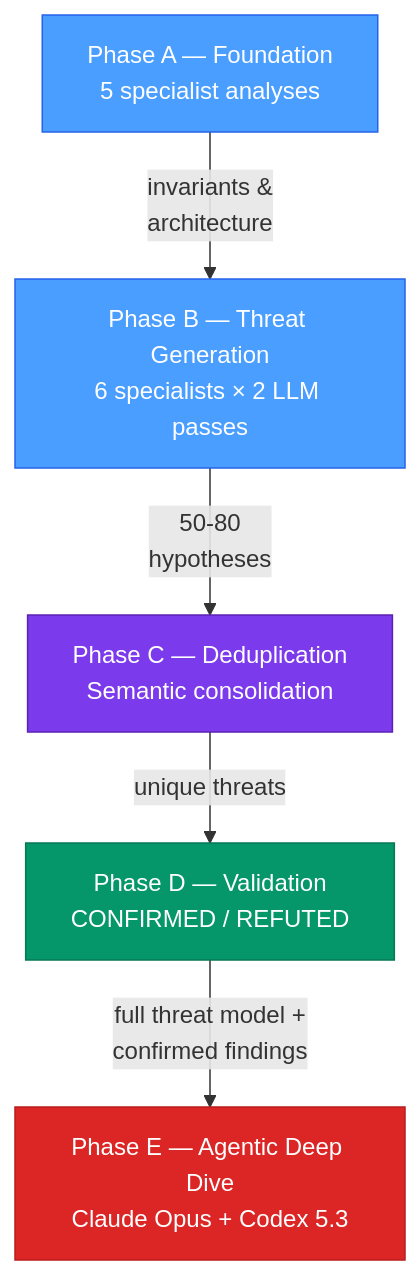
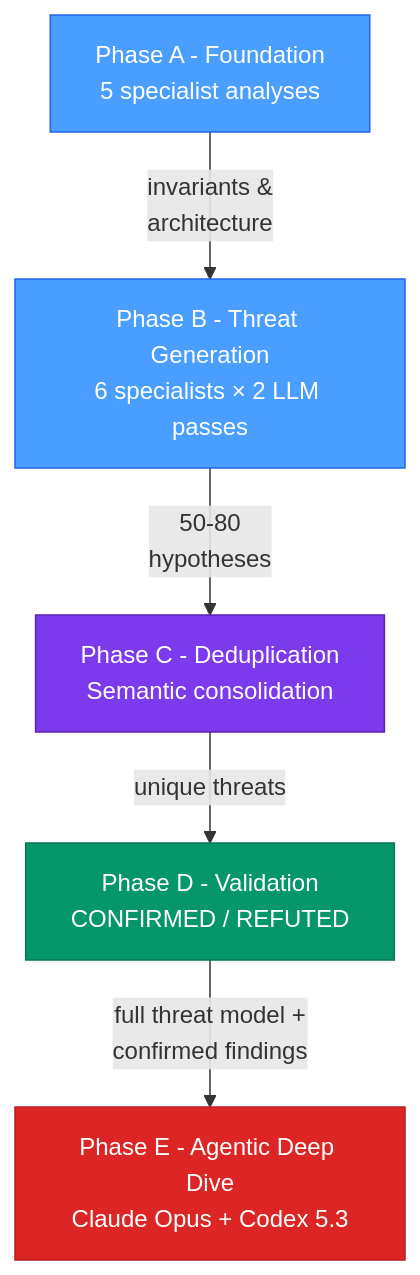
The diagram in README.md (failsafesecurity/failsafe-swarm-bench), drawn with Mermaid before and after one commit. The commit also changed other lines of this file and 1 other file, not shown here.

````diff
--- a/README.md
+++ b/README.md
@@ -61,19 +77,19 @@
 ```mermaid
 flowchart TD
-    A["Phase A — Foundation<br/>5 specialist analyses"]
-    B["Phase B — Threat Generation<br/>6 specialists × 2 LLM passes"]
-    C["Phase C — Deduplication<br/>Semantic consolidation"]
-    D["Phase D — Validation<br/>CONFIRMED / REFUTED"]
-    E["Phase E — Agentic Deep Dive<br/>Claude Opus + Codex 5.3"]
+    A["Phase A - Foundation<br/>5 specialist analyses"]
+    B["Phase B - Threat Generation<br/>6 specialists × 2 LLM passes"]
+    C["Phase C - Deduplication<br/>Semantic consolidation"]
+    D["Phase D - Validation<br/>CONFIRMED / REFUTED"]
+    E["Phase E - Agentic Deep Dive<br/>Claude Opus + Codex 5.3"]
 
     A -->|"invariants &<br/>architecture"| B
     B -->|"50-80<br/>hypotheses"| C
     C -->|"unique threats"| D
     D -->|"full threat model +<br/>confirmed findings"| E
 
     style A fill:#4a9eff,color:#fff,stroke:#2563eb
     style B fill:#4a9eff,color:#fff,stroke:#2563eb
     style C fill:#7c3aed,color:#fff,stroke:#5b21b6
     style D fill:#059669,color:#fff,stroke:#047857
     style E fill:#dc2626,color:#fff,stroke:#b91c1c
 ```
````
